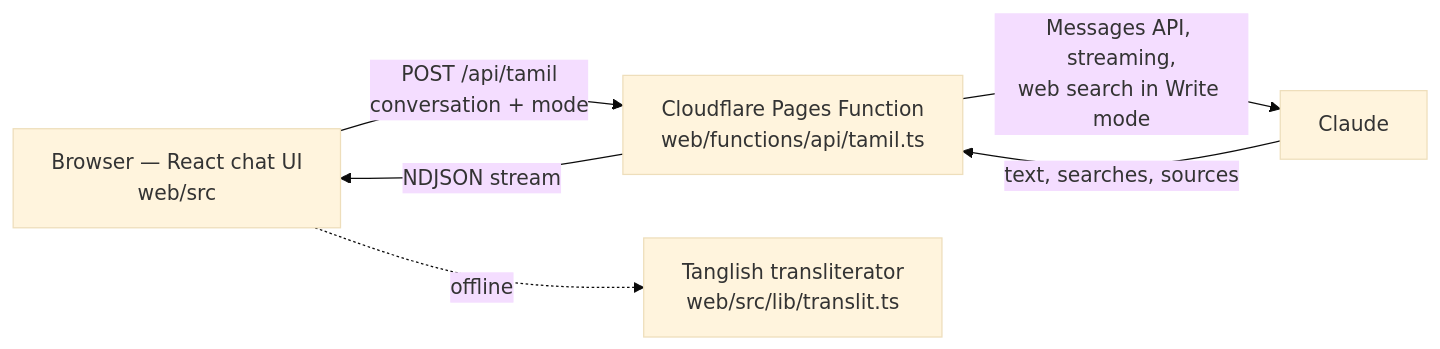
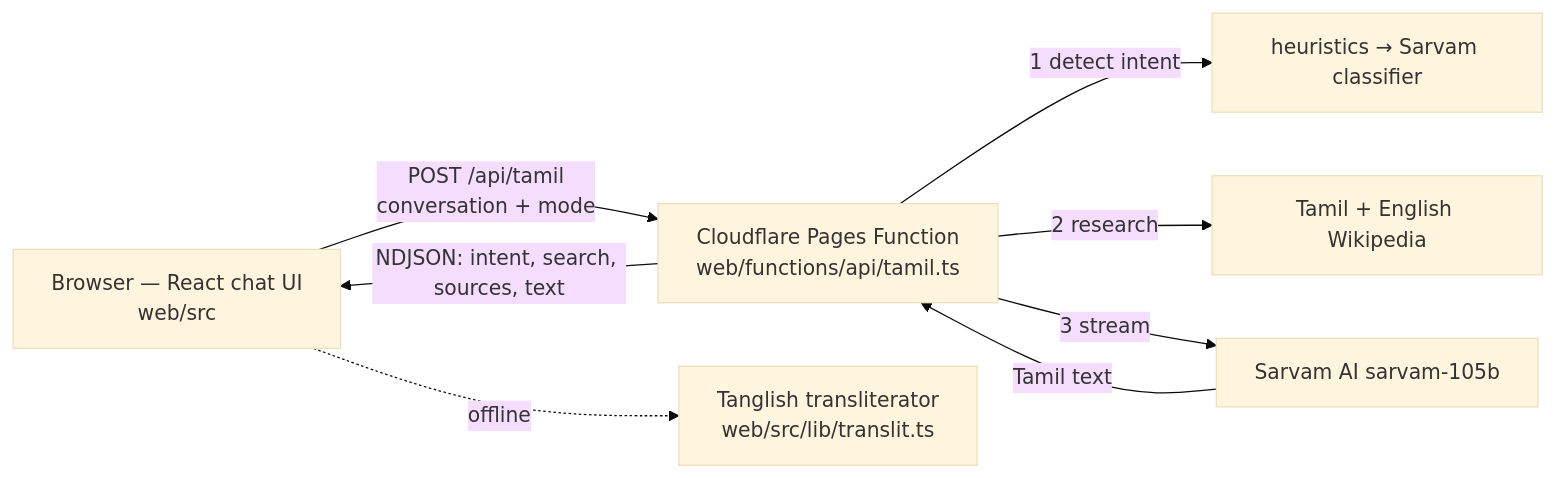
The diagram in README.md (yazhi-lem/illakiya), drawn with Mermaid (base theme) before and after one commit. The commit also changed other lines of this file and 22 other files, not shown here.

````diff
--- a/README.md
+++ b/README.md
@@ -30,7 +35,9 @@
 ```mermaid
 graph LR
     U[Browser — React chat UI<br/>web/src] -->|POST /api/tamil<br/>conversation + mode| F[Cloudflare Pages Function<br/>web/functions/api/tamil.ts]
-    F -->|Messages API, streaming,<br/>web search in Write mode| C[Claude]
-    C -->|text, searches, sources| F -->|NDJSON stream| U
+    F -->|1 detect intent| I[heuristics → Sarvam classifier]
+    F -->|2 research| W[Tamil + English Wikipedia]
+    F -->|3 stream| S[Sarvam AI sarvam-105b]
+    S -->|Tamil text| F -->|NDJSON: intent, search, sources, text| U
     U -.->|offline| T[Tanglish transliterator<br/>web/src/lib/translit.ts]
 ```
````
